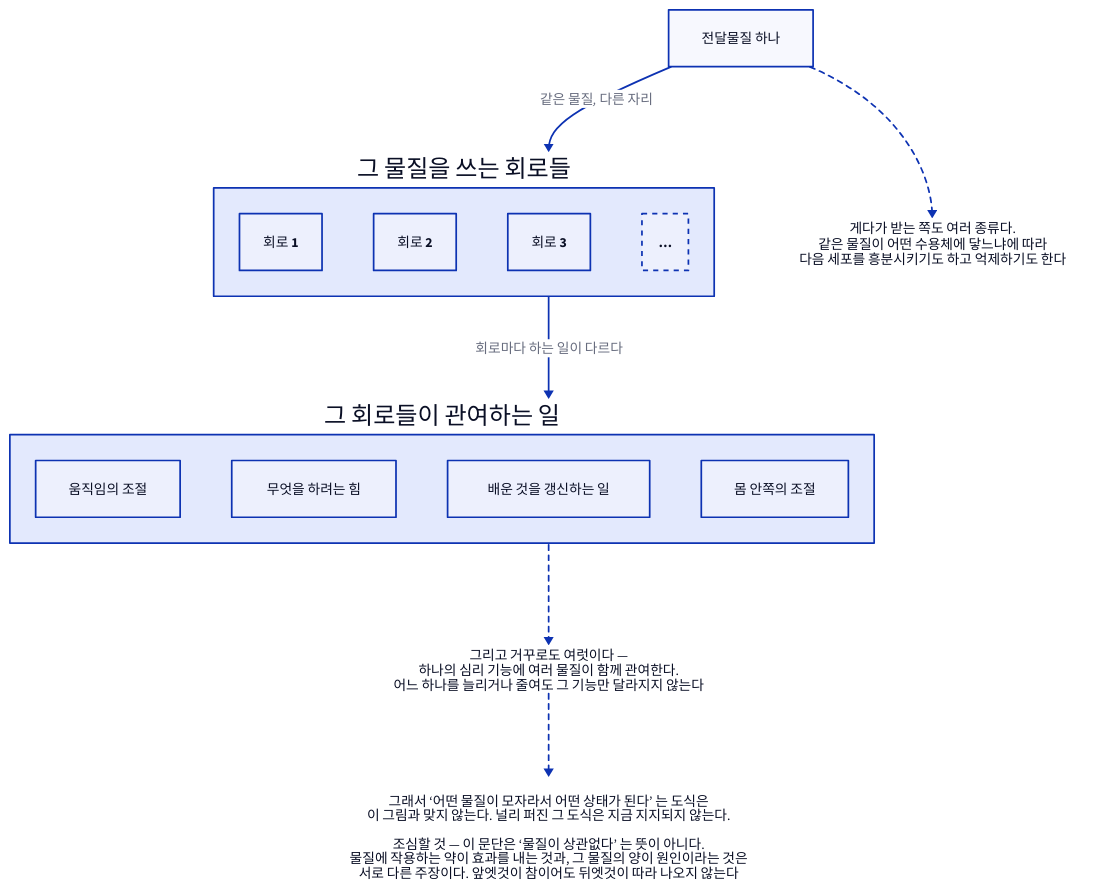
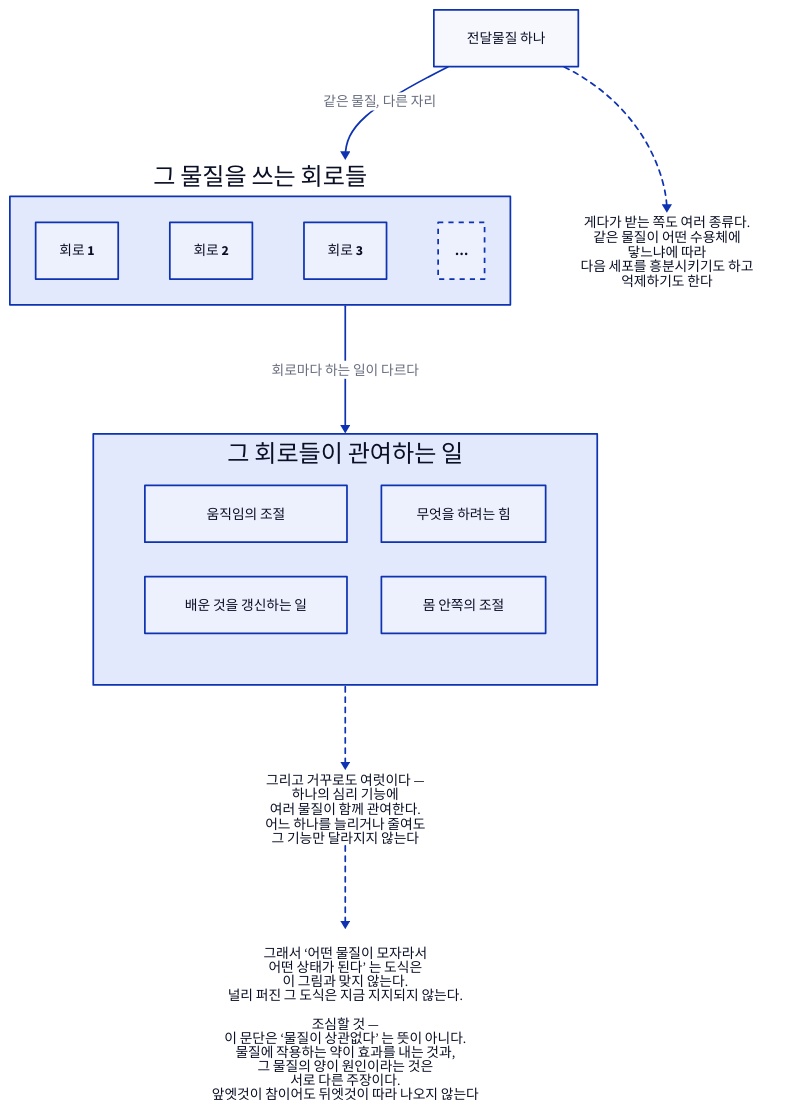
Before and after one commit to Dong-gi/Dong-gi.github.io: the diagram in d2/psychology/psy-b-many-to-many.d2, drawn with D2. The commit also changed 315 other files, not shown here.

```diff
--- a/d2/psychology/psy-b-many-to-many.d2
+++ b/d2/psychology/psy-b-many-to-many.d2
@@ -1,49 +1,50 @@
 # 신경전달물질과 심리 기능은 일대일이 아니다. 심리학 13장.
 #
 # 무엇을 읽어야 하나: 화살표가 여러 갈래로 갈라지고 여러 갈래에서 모인다는 것.
 # ‘이 물질이 이 기분을 만든다’ 는 문장이 이 그림 어디에도 대응하지 않는다.
 direction: down
 
 물질: {
   label: "전달물질 하나"
   style.bold: true
 }
 
 회로: {
   label: "그 물질을 쓰는 회로들"
   direction: down
   c1: { label: "회로 1" }
   c2: { label: "회로 2" }
   c3: { label: "회로 3" }
   c4: { label: "…" ; style.stroke-dash: 3 }
 }
 
 기능: {
   label: "그 회로들이 관여하는 일"
-  direction: down
+  grid-rows: 2
+  grid-columns: 2
   f1: { label: "움직임의 조절" }
   f2: { label: "무엇을 하려는 힘" }
   f3: { label: "배운 것을 갱신하는 일" }
   f4: { label: "몸 안쪽의 조절" }
 }
 
 물질 -> 회로: "같은 물질, 다른 자리"
 회로 -> 기능: "회로마다 하는 일이 다르다"
 
 수용체: {
-  label: "게다가 받는 쪽도 여러 종류다.\n같은 물질이 어떤 수용체에 닿느냐에 따라\n다음 세포를 흥분시키기도 하고 억제하기도 한다"
+  label: "게다가 받는 쪽도 여러 종류다.\n같은 물질이 어떤 수용체에\n닿느냐에 따라\n다음 세포를 흥분시키기도 하고\n억제하기도 한다"
   shape: text
 }
 물질 -> 수용체: { style.stroke-dash: 3 }
 
 거꾸로: {
-  label: "그리고 거꾸로도 여럿이다 —\n하나의 심리 기능에 여러 물질이 함께 관여한다.\n어느 하나를 늘리거나 줄여도 그 기능만 달라지지 않는다"
+  label: "그리고 거꾸로도 여럿이다 —\n하나의 심리 기능에\n여러 물질이 함께 관여한다.\n어느 하나를 늘리거나 줄여도\n그 기능만 달라지지 않는다"
   shape: text
 }
 기능 -> 거꾸로: { style.stroke-dash: 3 }
 
 결론: {
-  label: "　\n그래서 ‘어떤 물질이 모자라서 어떤 상태가 된다’ 는 도식은\n이 그림과 맞지 않는다. 널리 퍼진 그 도식은 지금 지지되지 않는다.\n\n조심할 것 — 이 문단은 ‘물질이 상관없다’ 는 뜻이 아니다.\n물질에 작용하는 약이 효과를 내는 것과, 그 물질의 양이 원인이라는 것은\n서로 다른 주장이다. 앞엣것이 참이어도 뒤엣것이 따라 나오지 않는다"
+  label: "　\n그래서 ‘어떤 물질이 모자라서\n어떤 상태가 된다’ 는 도식은\n이 그림과 맞지 않는다.\n널리 퍼진 그 도식은 지금 지지되지 않는다.\n\n조심할 것 —\n이 문단은 ‘물질이 상관없다’ 는 뜻이 아니다.\n물질에 작용하는 약이 효과를 내는 것과,\n그 물질의 양이 원인이라는 것은\n서로 다른 주장이다.\n앞엣것이 참이어도 뒤엣것이 따라 나오지 않는다"
   shape: text
 }
 거꾸로 -> 결론: { style.stroke-dash: 3 }
```
